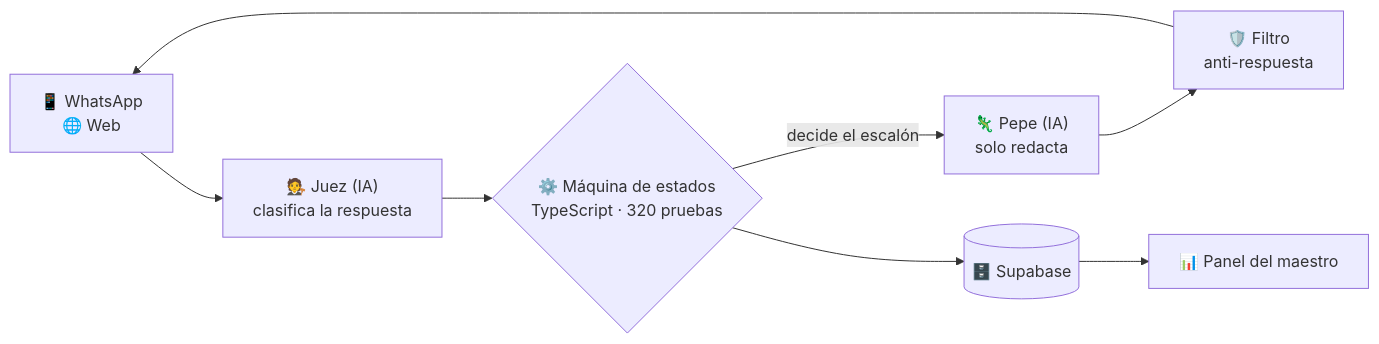
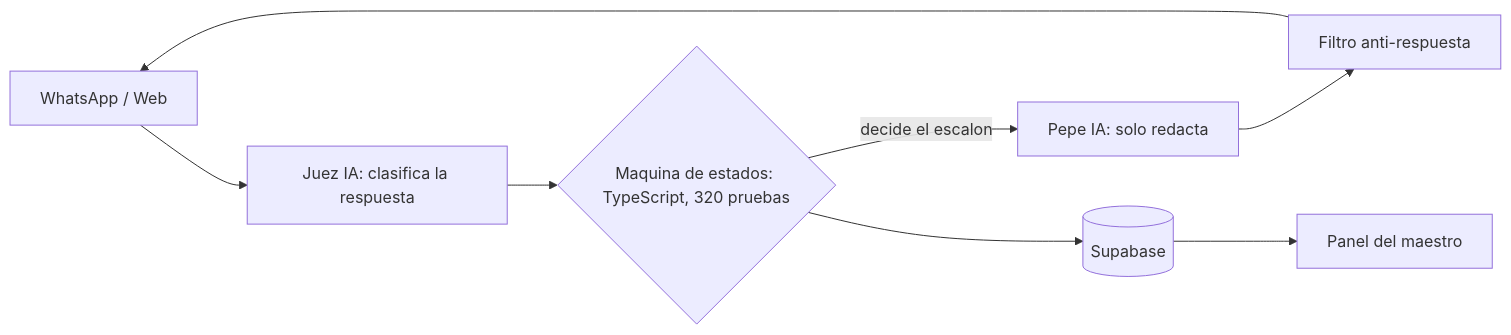
Before and after one commit to ALFA117/pepe-companero: the diagram in README.md, drawn with Mermaid.

Commit message:
README: diagrama Mermaid compatible con GitHub

````diff
--- a/README.md
+++ b/README.md
@@ -109,10 +109,10 @@
 ```mermaid
 flowchart LR
-    A["📱 WhatsApp<br/>🌐 Web"] --> B["🧑‍⚖️ Juez (IA)<br/>clasifica la respuesta"]
-    B --> C{"⚙️ Máquina de estados<br/>TypeScript · 320 pruebas"}
-    C -- "decide el escalón" --> D["🦎 Pepe (IA)<br/>solo redacta"]
-    D --> E["🛡️ Filtro<br/>anti-respuesta"]
+    A["WhatsApp / Web"] --> B["Juez IA: clasifica la respuesta"]
+    B --> C{"Maquina de estados: TypeScript, 320 pruebas"}
+    C -->|decide el escalon| D["Pepe IA: solo redacta"]
+    D --> E["Filtro anti-respuesta"]
     E --> A
-    C --> F[("🗄️ Supabase")]
-    F --> G["📊 Panel del maestro"]
+    C --> F[("Supabase")]
+    F --> G["Panel del maestro"]
 ```
````
